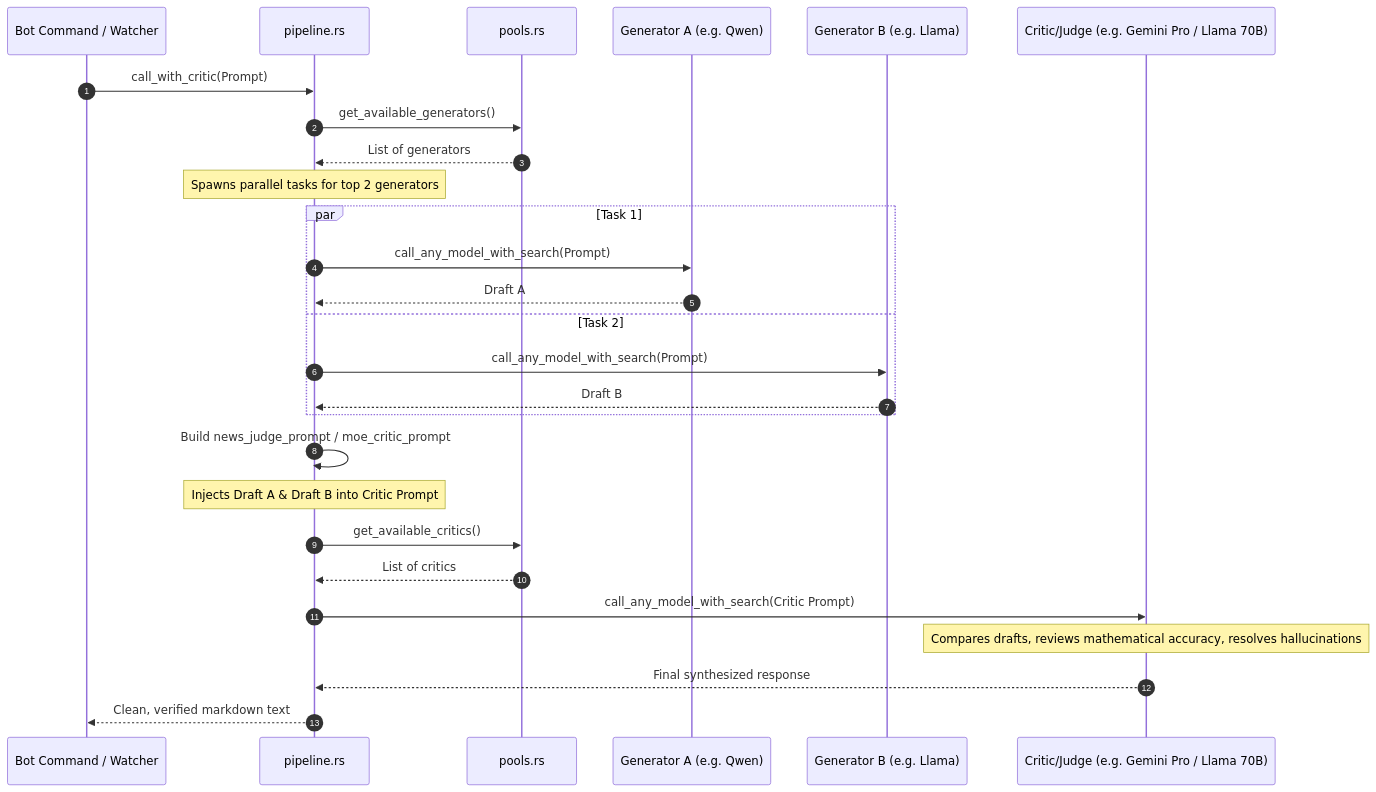
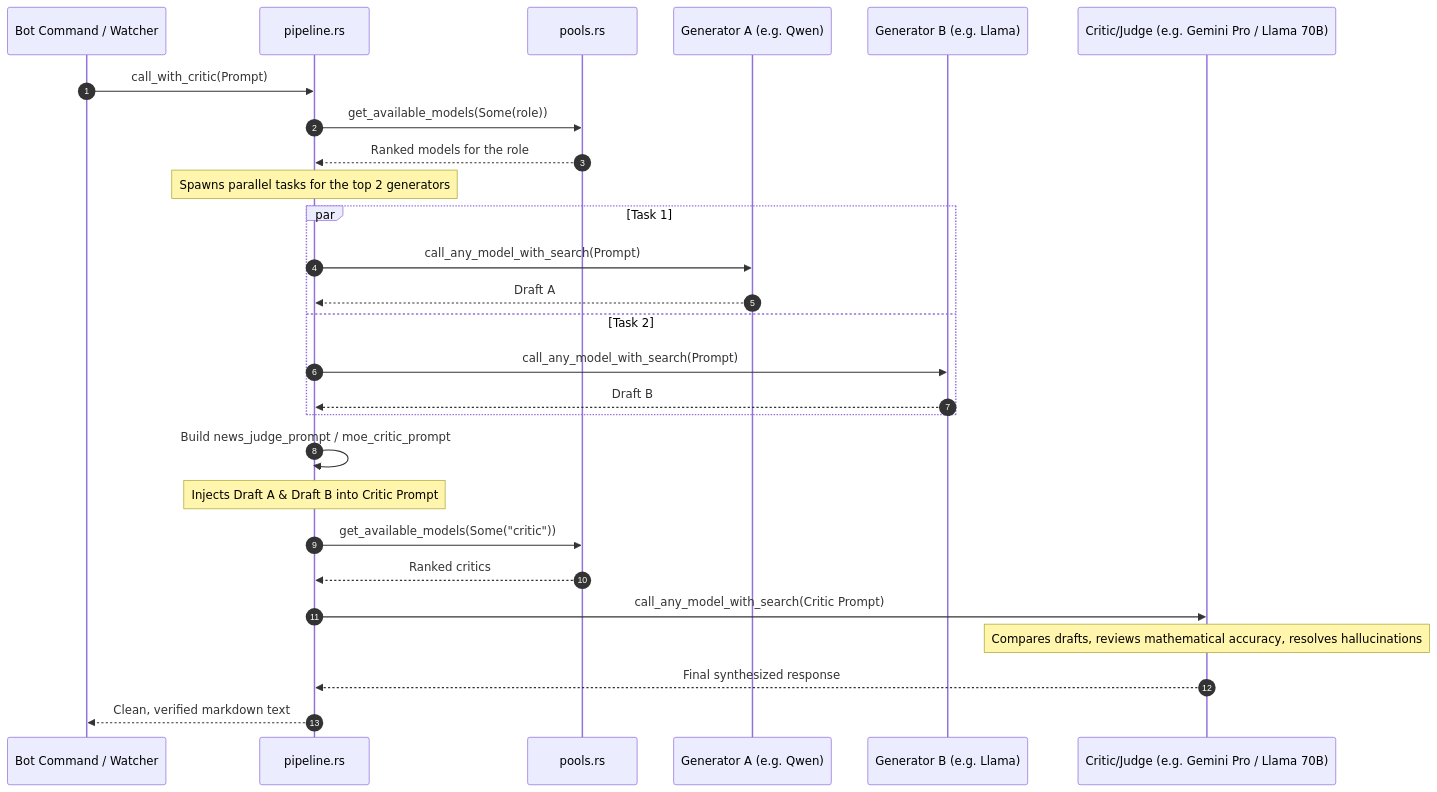
The third of 3 diagrams in docs/ai_pipeline_guide.md (Envel-Nikita-Gutsenkov/CryptographBot), drawn with Mermaid before and after one commit. The commit also changed other lines of this file and 23 other files, not shown here.

````diff
--- a/docs/ai_pipeline_guide.md
+++ b/docs/ai_pipeline_guide.md
@@ -103,30 +103,30 @@
 ```mermaid
 sequenceDiagram
     autonumber
     participant Bot as Bot Command / Watcher
     participant Pipes as pipeline.rs
     participant Pool as pools.rs
     participant GenA as Generator A (e.g. Qwen)
     participant GenB as Generator B (e.g. Llama)
     participant Critic as Critic/Judge (e.g. Gemini Pro / Llama 70B)
 
     Bot->>Pipes: call_with_critic(Prompt)
-    Pipes->>Pool: get_available_generators()
-    Pool-->>Pipes: List of generators
-    Note over Pipes: Spawns parallel tasks for top 2 generators
+    Pipes->>Pool: get_available_models(Some(role))
+    Pool-->>Pipes: Ranked models for the role
+    Note over Pipes: Spawns parallel tasks for the top 2 generators
     par Task 1
         Pipes->>GenA: call_any_model_with_search(Prompt)
         GenA-->>Pipes: Draft A
     and Task 2
         Pipes->>GenB: call_any_model_with_search(Prompt)
         GenB-->>Pipes: Draft B
     end
     Pipes->>Pipes: Build news_judge_prompt / moe_critic_prompt
     Note over Pipes: Injects Draft A & Draft B into Critic Prompt
-    Pipes->>Pool: get_available_critics()
-    Pool-->>Pipes: List of critics
+    Pipes->>Pool: get_available_models(Some("critic"))
+    Pool-->>Pipes: Ranked critics
     Pipes->>Critic: call_any_model_with_search(Critic Prompt)
     Note over Critic: Compares drafts, reviews mathematical accuracy, resolves hallucinations
     Critic-->>Pipes: Final synthesized response
     Pipes-->>Bot: Clean, verified markdown text
 ```
````
